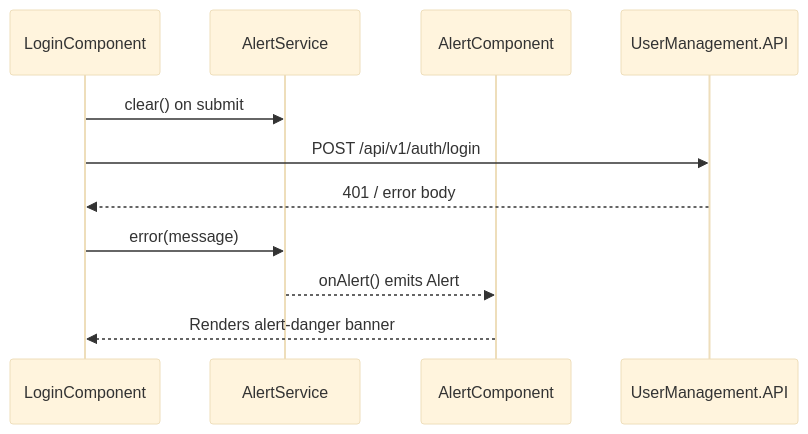
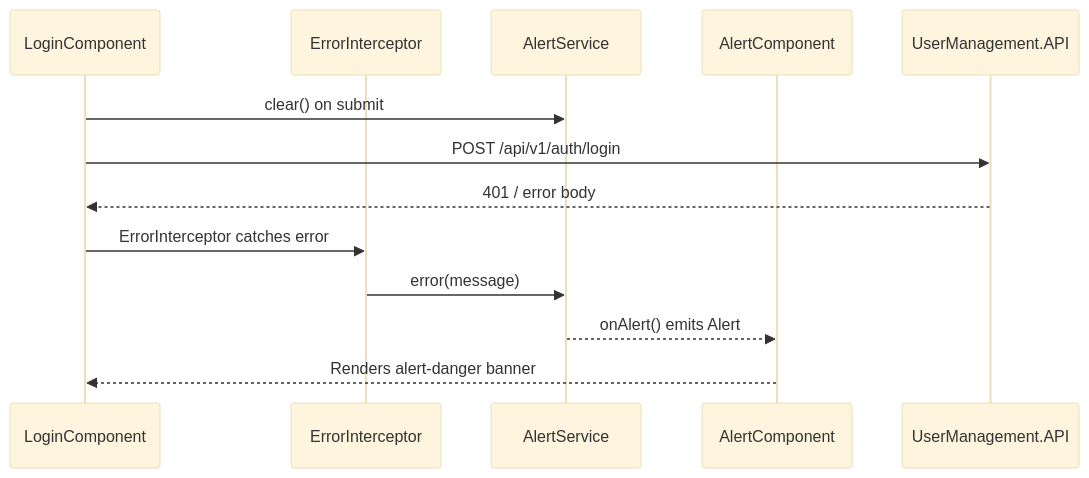
One commit to asalhallak/basic-user-management changed the diagram in docs/front-end-alerts.md. Above: the diagram before and after it, drawn with Mermaid (base theme). The commit also changed other lines of this file and 6 other files, not shown here.

First line of the commit message:
docs: document global error toasts via ErrorInterceptor

````diff
--- a/docs/front-end-alerts.md
+++ b/docs/front-end-alerts.md
@@ -15,14 +15,16 @@
 ```mermaid
 sequenceDiagram
     participant Form as LoginComponent
+    participant Err as ErrorInterceptor
     participant Svc as AlertService
     participant UI as AlertComponent
     participant API as UserManagement.API
 
     Form->>Svc: clear() on submit
     Form->>API: POST /api/v1/auth/login
     API-->>Form: 401 / error body
-    Form->>Svc: error(message)
+    Form->>Err: ErrorInterceptor catches error
+    Err->>Svc: error(message)
     Svc-->>UI: onAlert() emits Alert
     UI-->>Form: Renders alert-danger banner
 ```
````
